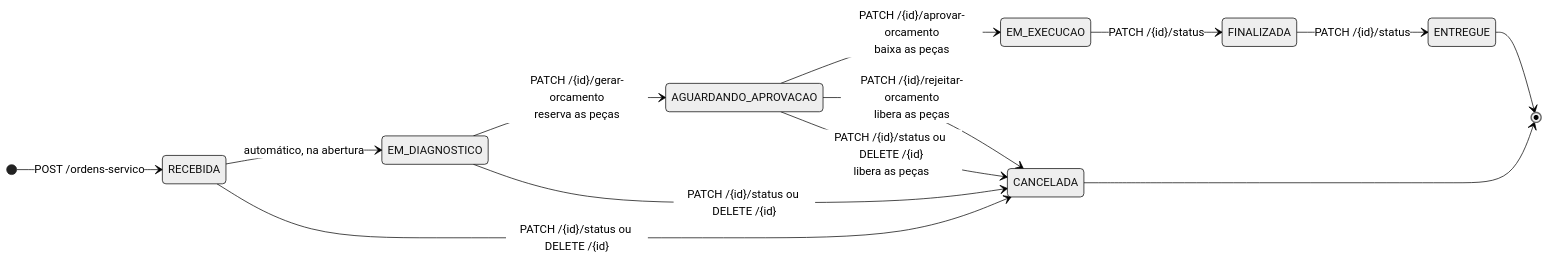
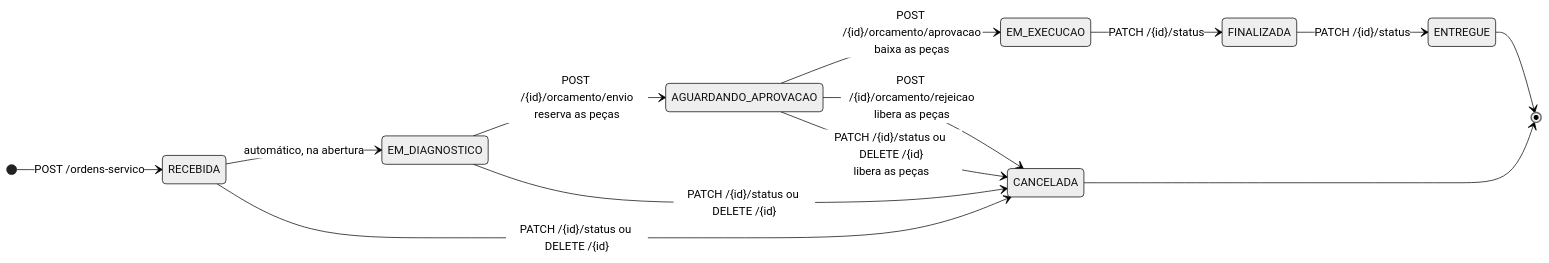
One commit to 18SOAT-Grupo-26/oficina-mecanica-api changed the diagram in docs/arquitetura/estados-ordem-servico.md. Above: the diagram before and after it, drawn with Mermaid (neutral theme). The commit also changed 7 other files, not shown here.

First line of the commit message:
docs: atualiza README, ADRs, diagramas, linguagem ubíqua e Postman com as novas rotas

````diff
--- a/docs/arquitetura/estados-ordem-servico.md
+++ b/docs/arquitetura/estados-ordem-servico.md
@@ -8,16 +8,16 @@
 ```mermaid
 stateDiagram-v2
     direction LR
     [*] --> RECEBIDA: POST /ordens-servico
     RECEBIDA --> EM_DIAGNOSTICO: automático, na abertura
-    EM_DIAGNOSTICO --> AGUARDANDO_APROVACAO: PATCH /{id}/gerar-orcamento<br/>reserva as peças
-    AGUARDANDO_APROVACAO --> EM_EXECUCAO: PATCH /{id}/aprovar-orcamento<br/>baixa as peças
-    AGUARDANDO_APROVACAO --> CANCELADA: PATCH /{id}/rejeitar-orcamento<br/>libera as peças
+    EM_DIAGNOSTICO --> AGUARDANDO_APROVACAO: POST /{id}/orcamento/envio<br/>reserva as peças
+    AGUARDANDO_APROVACAO --> EM_EXECUCAO: POST /{id}/orcamento/aprovacao<br/>baixa as peças
+    AGUARDANDO_APROVACAO --> CANCELADA: POST /{id}/orcamento/rejeicao<br/>libera as peças
     EM_EXECUCAO --> FINALIZADA: PATCH /{id}/status
     FINALIZADA --> ENTREGUE: PATCH /{id}/status
     RECEBIDA --> CANCELADA: PATCH /{id}/status ou DELETE /{id}
     EM_DIAGNOSTICO --> CANCELADA: PATCH /{id}/status ou DELETE /{id}
     AGUARDANDO_APROVACAO --> CANCELADA: PATCH /{id}/status ou DELETE /{id}<br/>libera as peças
     ENTREGUE --> [*]
     CANCELADA --> [*]
 ```
````
